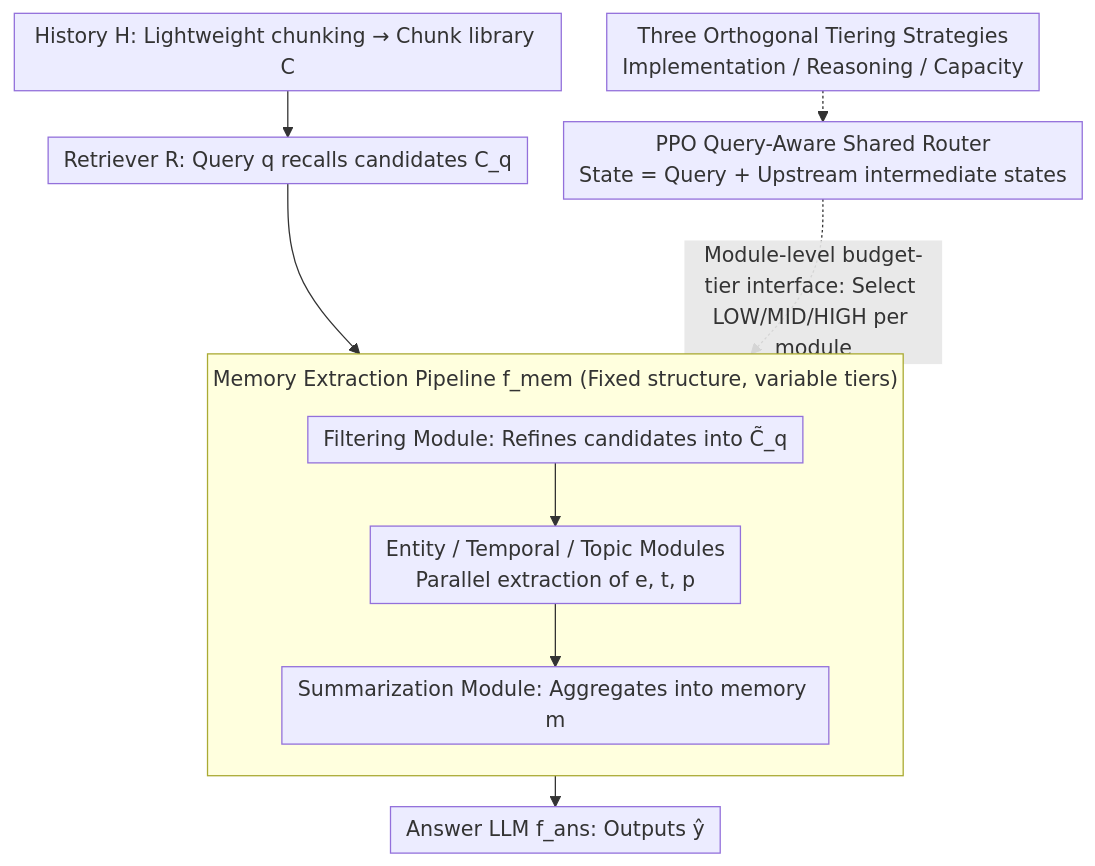
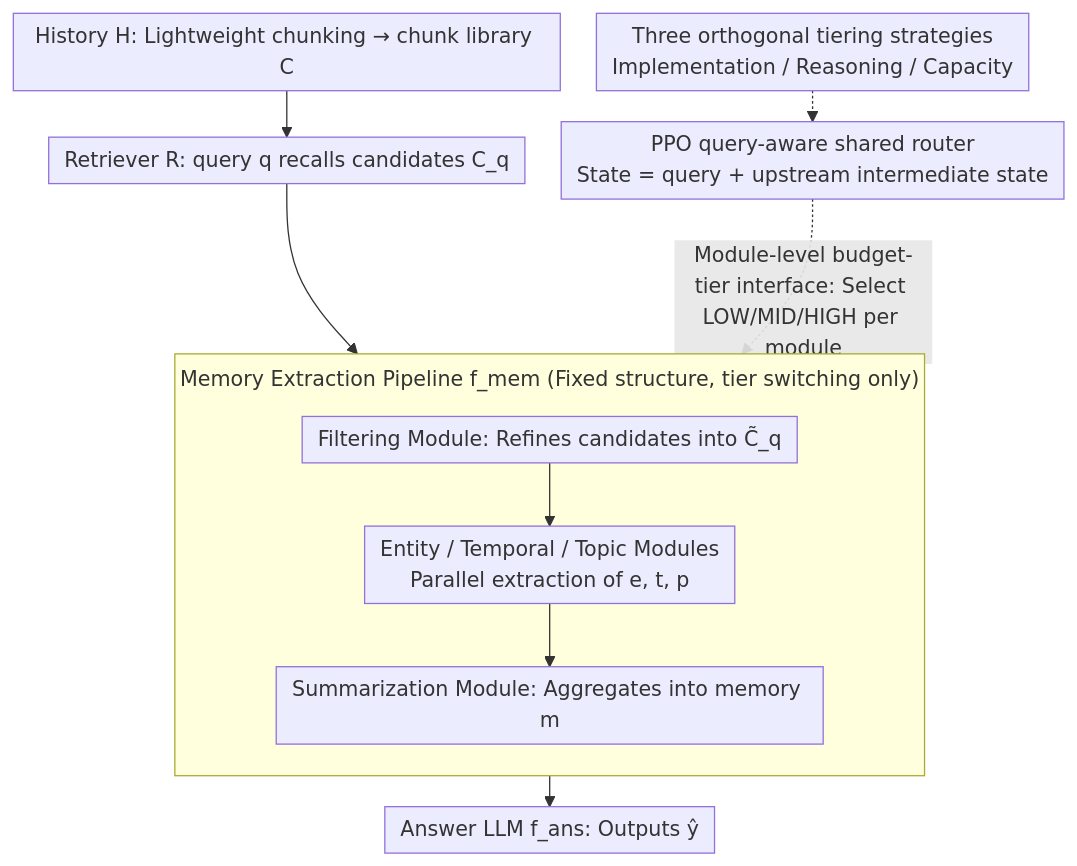
Before and after one commit to zhaoyang97/Paper-Notes-en: the diagram in docs/ICML2026/reinforcement_learning/learning_query-aware_budget-tier_routing_for_runtime_agent_memory.md, drawn with Mermaid. The commit also changed other lines of this file and 5084 other files, not shown here.

````diff
--- a/docs/ICML2026/reinforcement_learning/learning_query-aware_budget-tier_routing_for_runtime_agent_memory.md
+++ b/docs/ICML2026/reinforcement_learning/learning_query-aware_budget-tier_routing_for_runtime_agent_memory.md
@@ -47,14 +47,14 @@
 ```mermaid
 %%{init: {'flowchart': {'rankSpacing': 24, 'nodeSpacing': 28, 'padding': 6, 'wrappingWidth': 400, 'subGraphTitleMargin': {'top': 8, 'bottom': 16}}}}%%
 flowchart TD
-    H["History H: Lightweight chunking → Chunk library C"] --> RET["Retriever R: Query q recalls candidates C_q"]
+    H["History H: Lightweight chunking → chunk library C"] --> RET["Retriever R: query q recalls candidates C_q"]
     RET --> FIL
-    subgraph MEM["Memory Extraction Pipeline f_mem (Fixed structure, variable tiers)"]
+    subgraph MEM["Memory Extraction Pipeline f_mem (Fixed structure, tier switching only)"]
         direction TB
         FIL["Filtering Module: Refines candidates into C̃_q"] --> PAR["Entity / Temporal / Topic Modules<br/>Parallel extraction of e, t, p"]
         PAR --> SUM["Summarization Module: Aggregates into memory m"]
     end
     SUM --> ANS["Answer LLM f_ans: Outputs ŷ"]
-    ROUTER["PPO Query-Aware Shared Router<br/>State = Query + Upstream intermediate states"] -.->|"Module-level budget-tier interface: Select LOW/MID/HIGH per module"| MEM
-    TIER["Three Orthogonal Tiering Strategies<br/>Implementation / Reasoning / Capacity"] -.-> ROUTER
+    ROUTER["PPO query-aware shared router<br/>State = query + upstream intermediate state"] -.->|"Module-level budget-tier interface: Select LOW/MID/HIGH per module"| MEM
+    TIER["Three orthogonal tiering strategies<br/>Implementation / Reasoning / Capacity"] -.-> ROUTER
 ```
````
